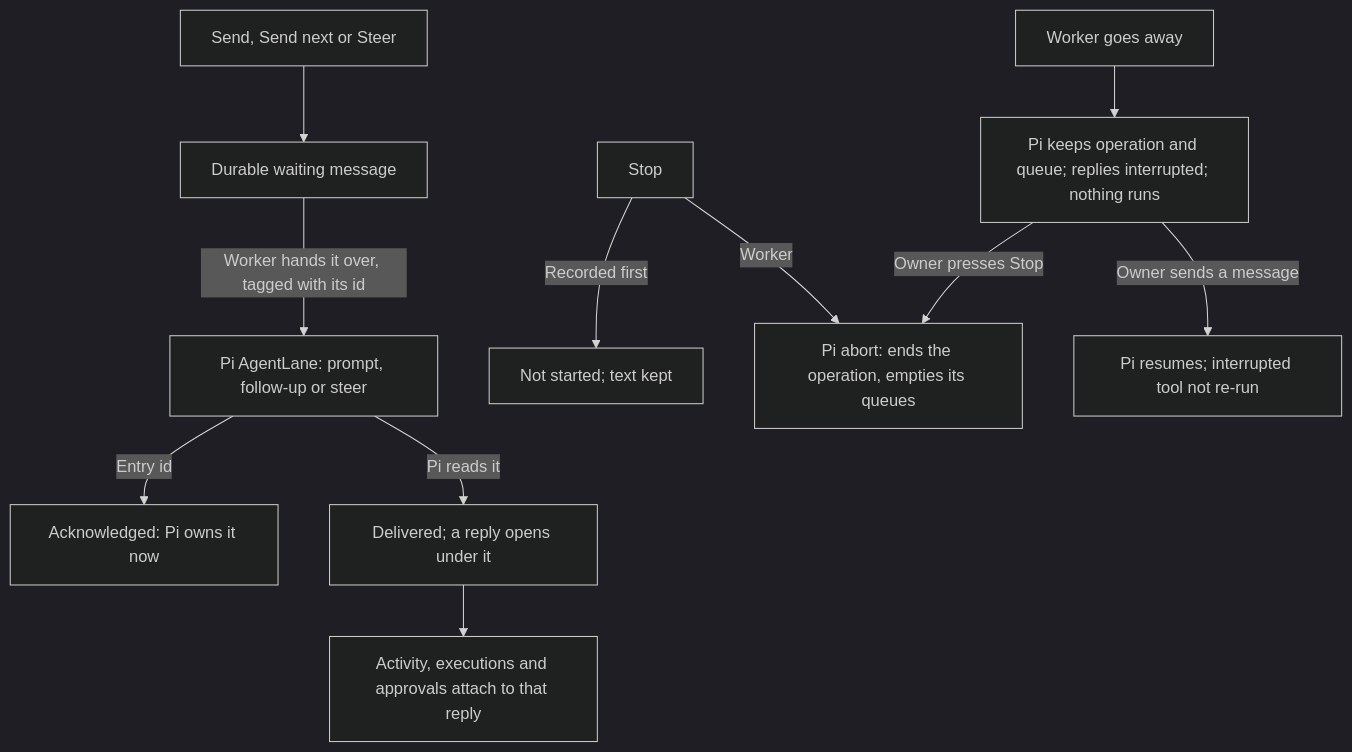
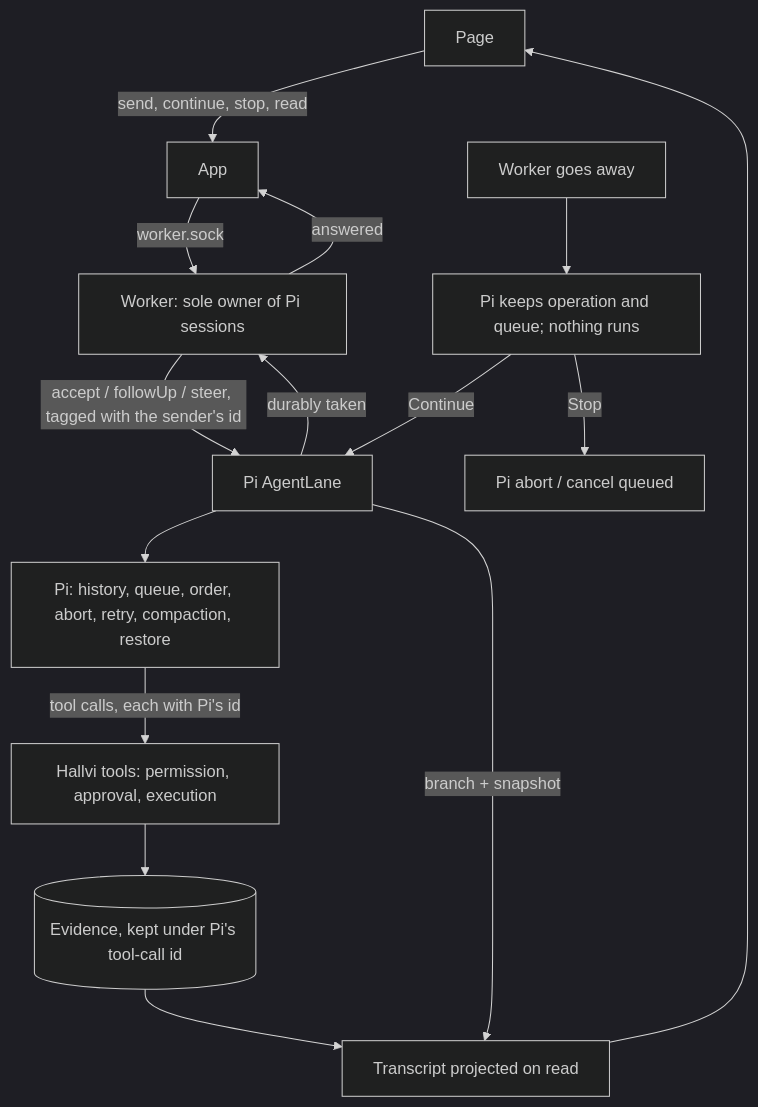
Before and after one commit to lustoykov/hallvi: the diagram in docs/operator-design.md, drawn with Mermaid (dark theme). The commit also changed other lines of this file and 71 other files, not shown here.

````diff
--- a/docs/operator-design.md
+++ b/docs/operator-design.md
@@ -136,13 +144,15 @@
 ```mermaid
 flowchart TD
-  Send[Send, Send next or Steer] --> Saved[Durable waiting message]
-  Saved -->|Worker hands it over, tagged with its id| Lane[Pi AgentLane: prompt, follow-up or steer]
-  Lane -->|Entry id| Ack[Acknowledged: Pi owns it now]
-  Lane -->|Pi reads it| Delivered[Delivered; a reply opens under it]
-  Delivered --> Evidence[Activity, executions and approvals attach to that reply]
-  Stop[Stop] -->|Recorded first| Cancelled[Not started; text kept]
-  Stop -->|Worker| Abort[Pi abort: ends the operation, empties its queues]
-  Gone[Worker goes away] --> Held[Pi keeps operation and queue; replies interrupted; nothing runs]
-  Held -->|Owner sends a message| Resume[Pi resumes; interrupted tool not re-run]
-  Held -->|Owner presses Stop| Abort
+  Page[Page] -->|send, continue, stop, read| App[App]
+  App -->|worker.sock| Worker[Worker: sole owner of Pi sessions]
+  Worker -->|accept / followUp / steer, tagged with the sender's id| Lane[Pi AgentLane]
+  Lane -->|durably taken| Worker -->|answered| App
+  Lane --> Pi[Pi: history, queue, order, abort, retry, compaction, restore]
+  Pi -->|tool calls, each with Pi's id| Tools[Hallvi tools: permission, approval, execution]
+  Tools --> Evidence[(Evidence, kept under Pi's tool-call id)]
+  Lane -->|branch + snapshot| Projection[Transcript projected on read]
+  Evidence --> Projection --> Page
+  Gone[Worker goes away] --> Held[Pi keeps operation and queue; nothing runs]
+  Held -->|Continue| Lane
+  Held -->|Stop| Abort[Pi abort / cancel queued]
 ```
````
